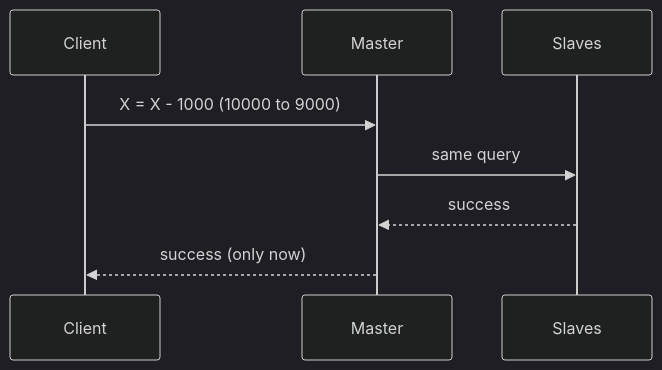
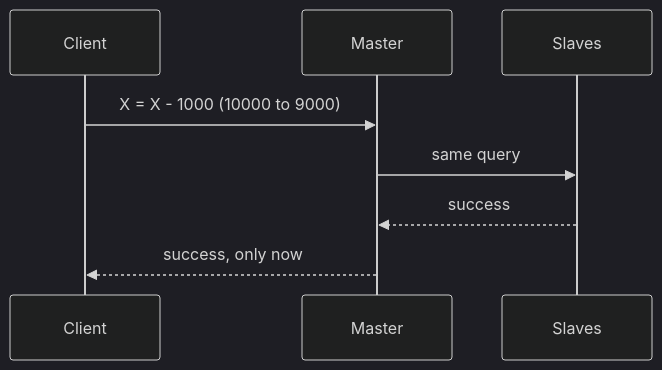
Before and after one commit to aaryan-pradhan/core-cs-fundamentals: the fourth of 6 diagrams in dbms/21-master-slave.md, drawn with Mermaid (dark theme). The commit also changed other lines of this file, not shown here.

````diff
--- a/dbms/21-master-slave.md
+++ b/dbms/21-master-slave.md
@@ -78,10 +62,10 @@
-     ```mermaid
-     sequenceDiagram
-       participant C as Client
-       participant M as Master
-       participant S as Slaves
-       C->>M: X = X - 1000 (10000 to 9000)
-       M->>S: same query
-       S-->>M: success
-       M-->>C: success (only now)
-     ```
+```mermaid
+sequenceDiagram
+  participant C as Client
+  participant M as Master
+  participant S as Slaves
+  C->>M: X = X - 1000 (10000 to 9000)
+  M->>S: same query
+  S-->>M: success
+  M-->>C: success, only now
+```
````
